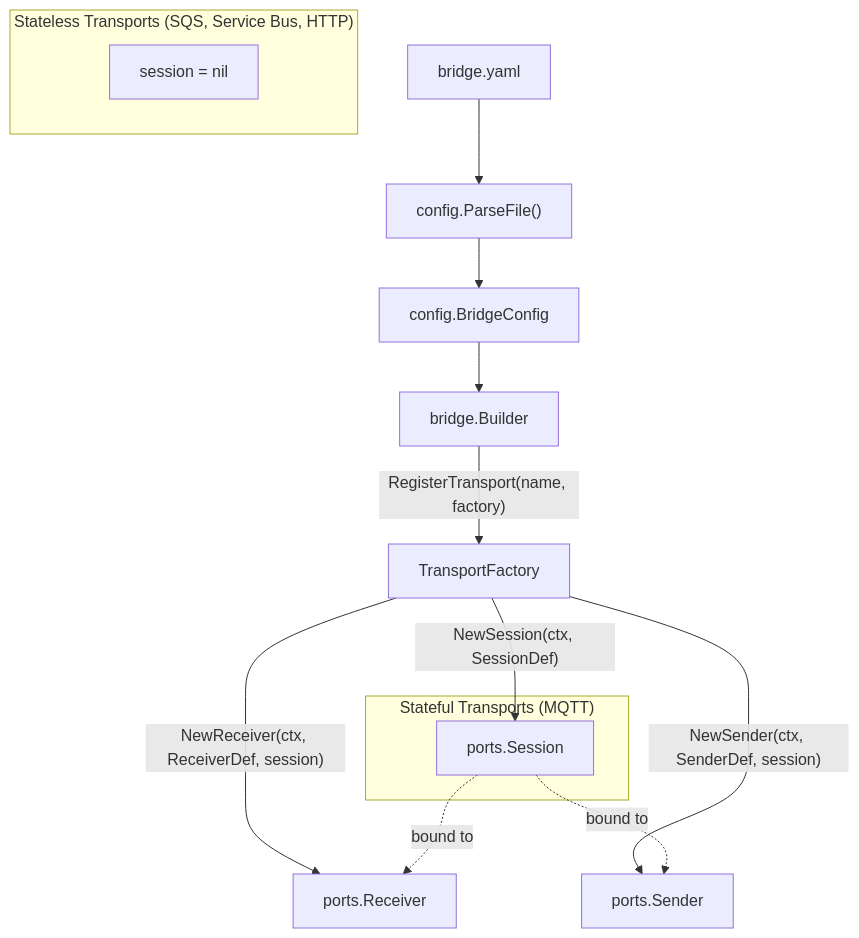
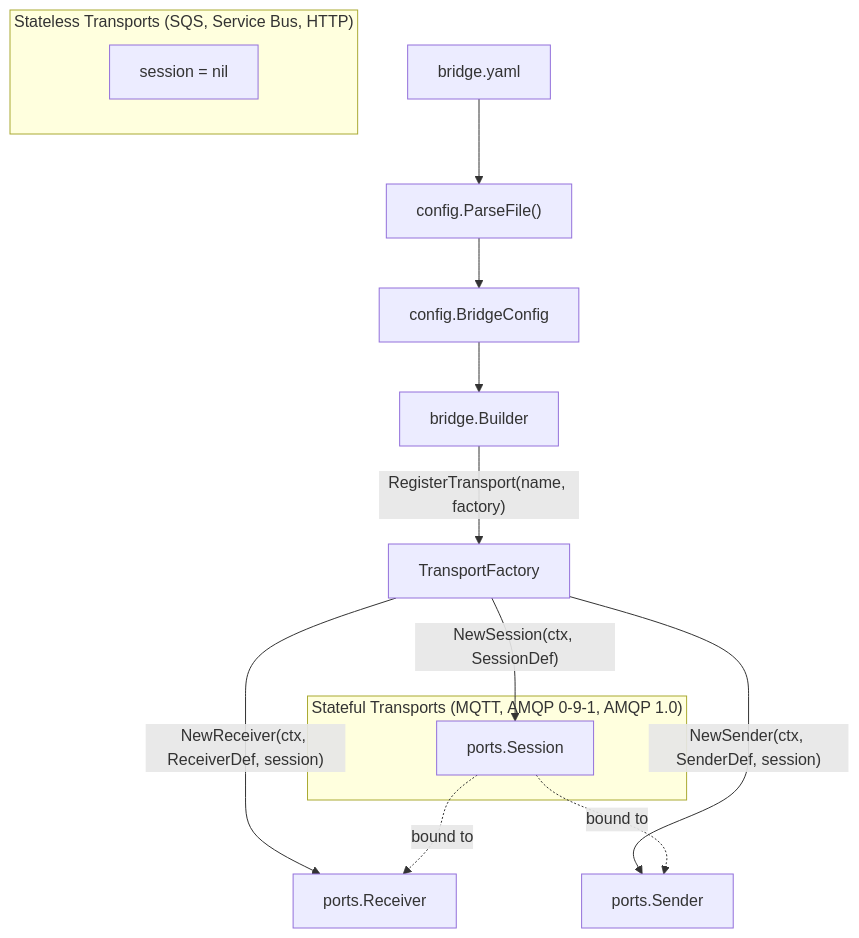
Before and after one commit to mariotoffia/gobridge: the first of 2 diagrams in docs/transport-configuration.md, drawn with Mermaid. The commit also changed other lines of this file and 68 other files, not shown here.

````diff
--- a/docs/transport-configuration.md
+++ b/docs/transport-configuration.md
@@ -11,24 +11,24 @@
 ```mermaid
 flowchart TD
     YAML["bridge.yaml"] --> Parse["config.ParseFile()"]
     Parse --> CFG["config.BridgeConfig"]
     CFG --> Builder["bridge.Builder"]
 
     Builder -->|"RegisterTransport(name, factory)"| TF["TransportFactory"]
 
     TF -->|"NewSession(ctx, SessionDef)"| Session["ports.Session"]
     TF -->|"NewReceiver(ctx, ReceiverDef, session)"| Receiver["ports.Receiver"]
     TF -->|"NewSender(ctx, SenderDef, session)"| Sender["ports.Sender"]
 
     Session -.->|"bound to"| Receiver
     Session -.->|"bound to"| Sender
 
-    subgraph Stateful ["Stateful Transports (MQTT)"]
+    subgraph Stateful ["Stateful Transports (MQTT, AMQP 0-9-1, AMQP 1.0)"]
         Session
     end
 
     subgraph Stateless ["Stateless Transports (SQS, Service Bus, HTTP)"]
         direction LR
         NilSession["session = nil"]
     end
 ```
````
